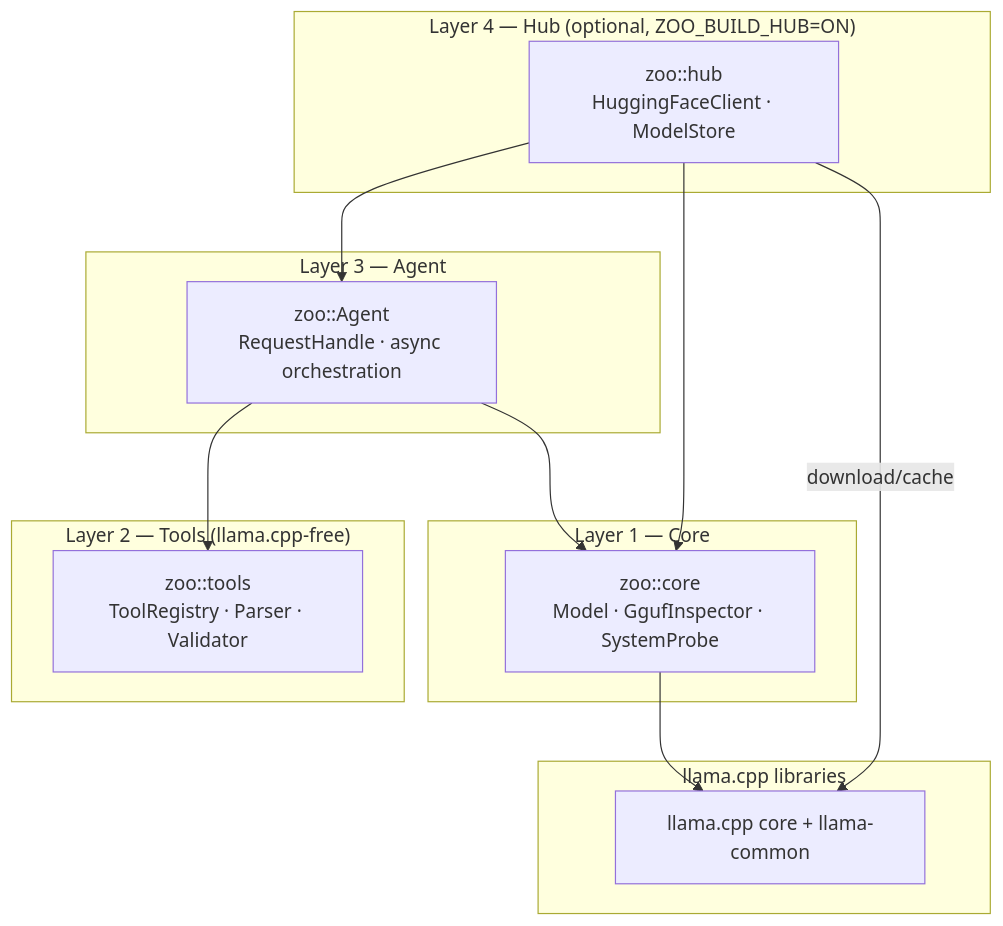
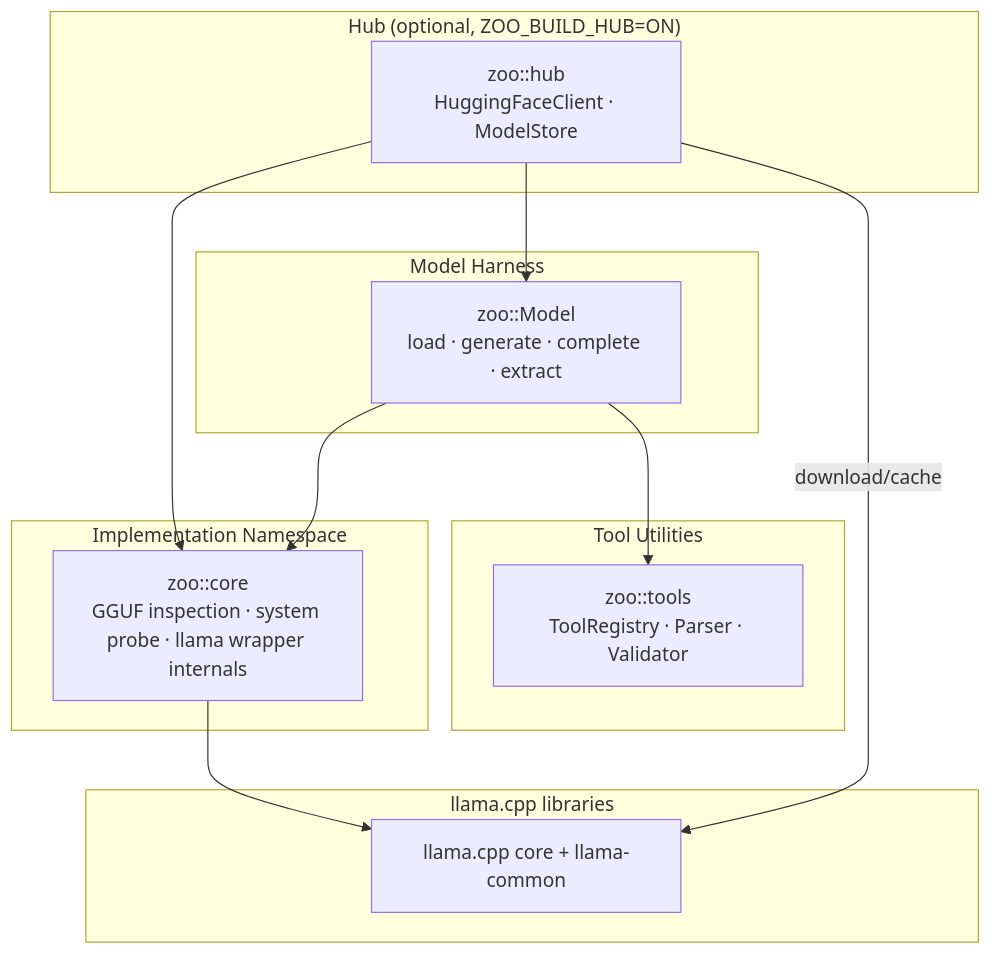
Before and after one commit to crybo-rybo/zoo-keeper: the diagram in docs/architecture.md, drawn with Mermaid. The commit also changed other lines of this file and 74 other files, not shown here.

Commit message:
make Model the public harness API

````diff
--- a/docs/architecture.md
+++ b/docs/architecture.md
@@ -7,30 +8,29 @@
 ```mermaid
 flowchart TB
-    subgraph L4["Layer 4 — Hub (optional, ZOO_BUILD_HUB=ON)"]
+    subgraph Hub["Hub (optional, ZOO_BUILD_HUB=ON)"]
         H["zoo::hub<br/>HuggingFaceClient · ModelStore"]
     end
 
-    subgraph L3["Layer 3 — Agent"]
-        A["zoo::Agent<br/>RequestHandle · async orchestration"]
+    subgraph Harness["Model Harness"]
+        M["zoo::Model<br/>load · generate · complete · extract"]
     end
 
-    subgraph L2["Layer 2 — Tools (llama.cpp-free)"]
+    subgraph Tools["Tool Utilities"]
         T["zoo::tools<br/>ToolRegistry · Parser · Validator"]
     end
 
-    subgraph L1["Layer 1 — Core"]
-        C["zoo::core<br/>Model · GgufInspector · SystemProbe"]
+    subgraph Core["Implementation Namespace"]
+        C["zoo::core<br/>GGUF inspection · system probe · llama wrapper internals"]
     end
 
     subgraph Llama["llama.cpp libraries"]
         LL["llama.cpp core + llama-common"]
     end
 
-    H --> A
+    H --> M
     H --> C
+    M --> T
+    M --> C
+    C --> LL
     H -->|"download/cache"| LL
-    A --> T
-    A --> C
-    C --> LL
-
 ```
````
